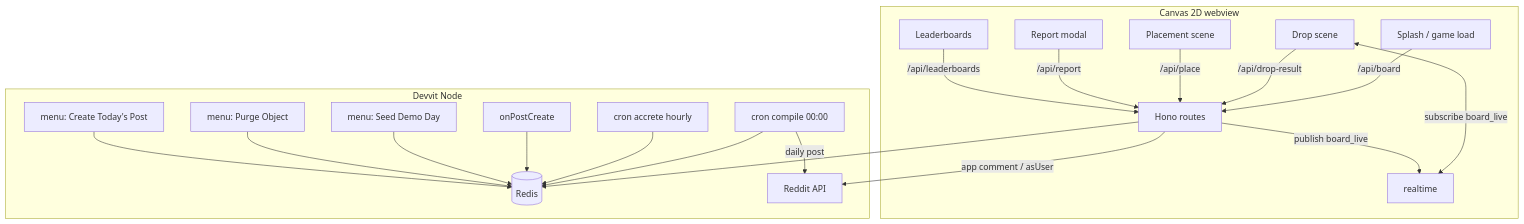
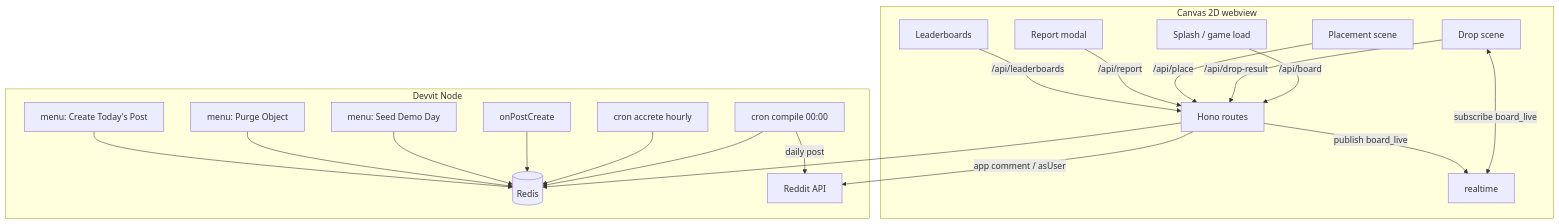
One commit to edycutjong/grudgeball changed the diagram in ARCHITECTURE.md. Above: the diagram before and after it, drawn with Mermaid. The commit also changed 1 other file, not shown here.

Commit message:
docs: force mermaid subgraph stacking (Client above Devvit Node via invisible link)

````diff
--- a/ARCHITECTURE.md
+++ b/ARCHITECTURE.md
@@ -18,23 +18,24 @@
 ```mermaid
 flowchart TD
   subgraph Client [Canvas 2D webview]
     Sp[Splash / game load] -->|/api/board| S
     A[Drop scene] -->|/api/drop-result| S
     B[Placement scene] -->|/api/place| S
     C[Report modal] -->|/api/report| S
     Lb[Leaderboards] -->|/api/leaderboards| S
     A <-->|subscribe board_live| RT[realtime]
   end
   subgraph Server [Devvit Node]
     S[Hono routes] --> R[(Redis)]
     CR1[cron compile 00:00] --> R
     CR2[cron accrete hourly] --> R
     TR[onPostCreate] --> R
     M1[menu: Seed Demo Day] --> R
     M2[menu: Purge Object] --> R
     M3[menu: Create Today's Post] --> R
     S -->|app comment / asUser| RED[Reddit API]
     CR1 -->|daily post| RED
   end
+  Client ~~~ Server
   S -->|publish board_live| RT
 ```
````
